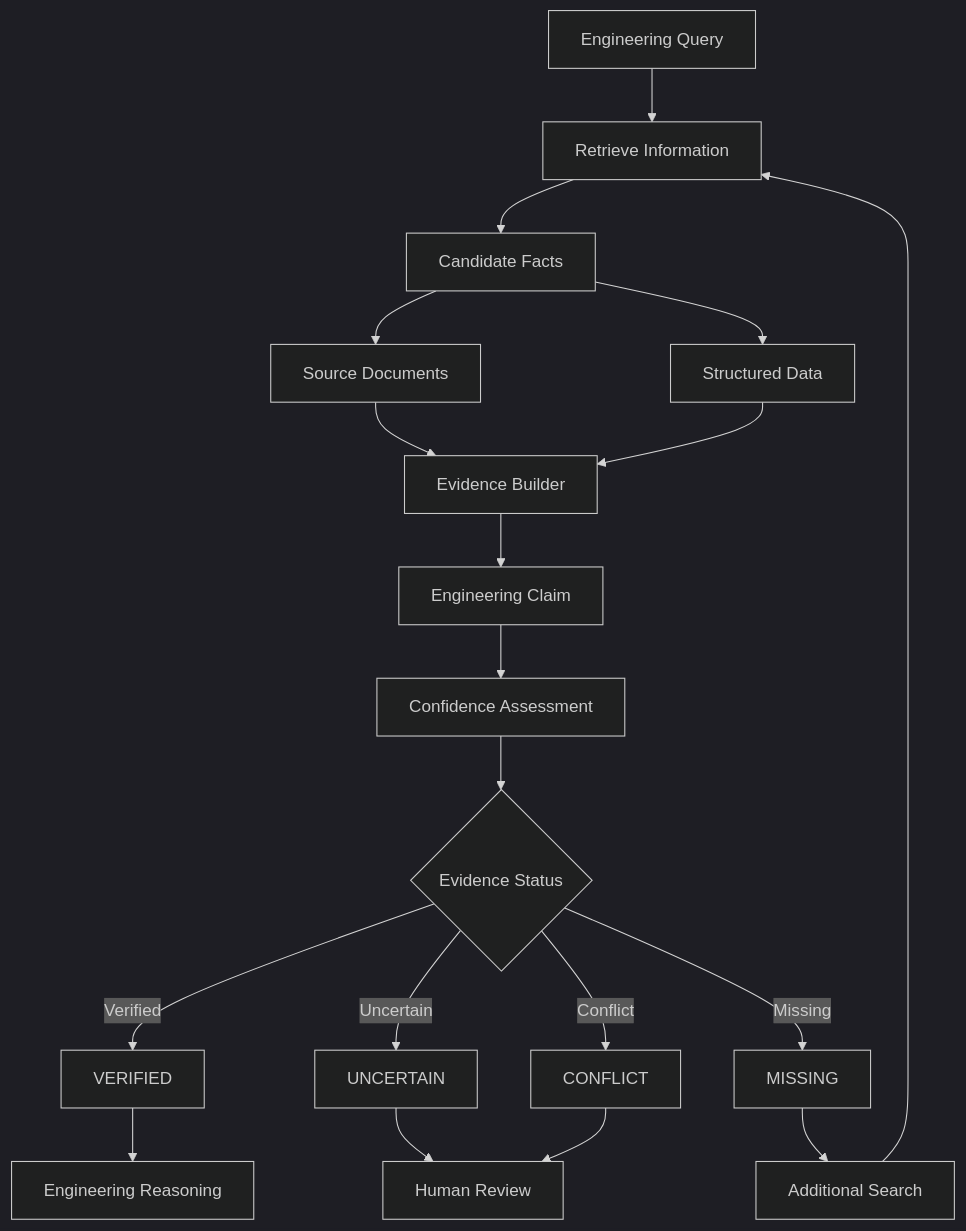
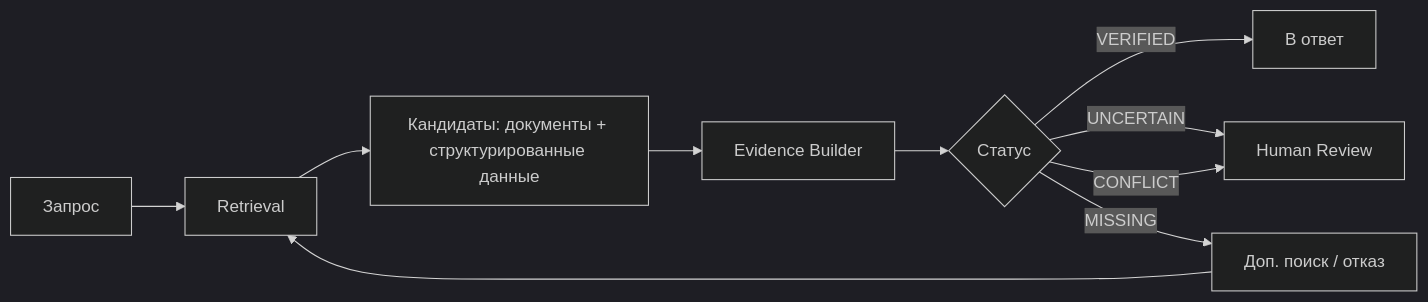
Before and after one commit to VladislavKiseliov/RAG: the second of 4 diagrams in engineering_assistant_architecture.md, drawn with Mermaid (dark theme). The commit also changed other lines of this file and 1 other file, not shown here.

First line of the commit message:
docs: restore engineering_assistant_architecture.md under its original name

````diff
--- a/engineering_assistant_architecture.md
+++ b/engineering_assistant_architecture.md
@@ -249,32 +160,14 @@
 ```mermaid
-flowchart TD
-    QUERY[Engineering Query]
+flowchart LR
+    Q[Запрос] --> R[Retrieval]
+    R --> C[Кандидаты: документы + структурированные данные]
+    C --> B[Evidence Builder]
+    B --> S{Статус}
 
-    QUERY --> RETRIEVE[Retrieve Information]
+    S -->|VERIFIED| USE[В ответ]
+    S -->|UNCERTAIN| HR[Human Review]
+    S -->|CONFLICT| HR
+    S -->|MISSING| MORE[Доп. поиск / отказ]
 
-    RETRIEVE --> CANDIDATES[Candidate Facts]
-
-    CANDIDATES --> SOURCE[Source Documents]
-    CANDIDATES --> STRUCTURED[Structured Data]
-
-    SOURCE --> EVIDENCE[Evidence Builder]
-    STRUCTURED --> EVIDENCE
-
-    EVIDENCE --> CLAIM[Engineering Claim]
-
-    CLAIM --> CONFIDENCE[Confidence Assessment]
-
-    CONFIDENCE --> STATUS{Evidence Status}
-
-    STATUS -->|Verified| VERIFIED[VERIFIED]
-    STATUS -->|Uncertain| UNCERTAIN[UNCERTAIN]
-    STATUS -->|Conflict| CONFLICT[CONFLICT]
-    STATUS -->|Missing| MISSING[MISSING]
-
-    VERIFIED --> REASON[Engineering Reasoning]
-    UNCERTAIN --> HUMAN[Human Review]
-    CONFLICT --> HUMAN
-    MISSING --> SEARCH[Additional Search]
-
-    SEARCH --> RETRIEVE
+    MORE --> R
 ```
````
